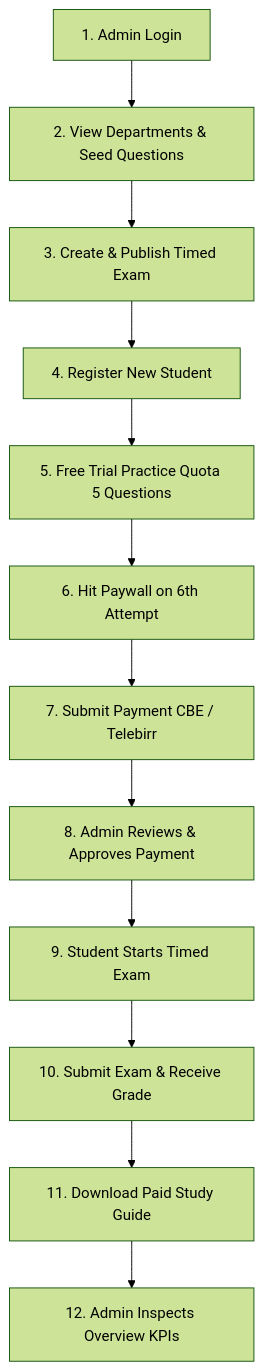
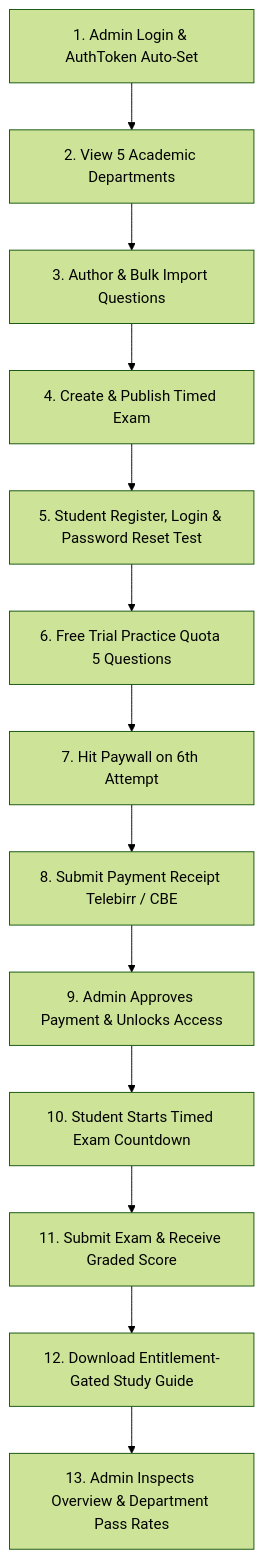
Before and after one commit to bonssss/assessly: the diagram in docs/API_TESTING_GUIDE.md, drawn with Mermaid (forest theme). The commit also changed other lines of this file and 4 other files, not shown here.

````diff
--- a/docs/API_TESTING_GUIDE.md
+++ b/docs/API_TESTING_GUIDE.md
@@ -27,14 +35,15 @@
 ```mermaid
 flowchart TD
-    Step1[1. Admin Login] --> Step2[2. View Departments & Seed Questions]
-    Step2 --> Step3[3. Create & Publish Timed Exam]
-    Step3 --> Step4[4. Register New Student]
-    Step4 --> Step5[5. Free Trial Practice Quota 5 Questions]
-    Step5 --> Step6[6. Hit Paywall on 6th Attempt]
-    Step6 --> Step7[7. Submit Payment CBE / Telebirr]
-    Step7 --> Step8[8. Admin Reviews & Approves Payment]
-    Step8 --> Step9[9. Student Starts Timed Exam]
-    Step9 --> Step10[10. Submit Exam & Receive Grade]
-    Step10 --> Step11[11. Download Paid Study Guide]
-    Step11 --> Step12[12. Admin Inspects Overview KPIs]
+    Step1[1. Admin Login & AuthToken Auto-Set] --> Step2[2. View 5 Academic Departments]
+    Step2 --> Step3[3. Author & Bulk Import Questions]
+    Step3 --> Step4[4. Create & Publish Timed Exam]
+    Step4 --> Step5[5. Student Register, Login & Password Reset Test]
+    Step5 --> Step6[6. Free Trial Practice Quota 5 Questions]
+    Step6 --> Step7[7. Hit Paywall on 6th Attempt]
+    Step7 --> Step8[8. Submit Payment Receipt Telebirr / CBE]
+    Step8 --> Step9[9. Admin Approves Payment & Unlocks Access]
+    Step9 --> Step10[10. Student Starts Timed Exam Countdown]
+    Step10 --> Step11[11. Submit Exam & Receive Graded Score]
+    Step11 --> Step12[12. Download Entitlement-Gated Study Guide]
+    Step12 --> Step13[13. Admin Inspects Overview & Department Pass Rates]
 ```
````
